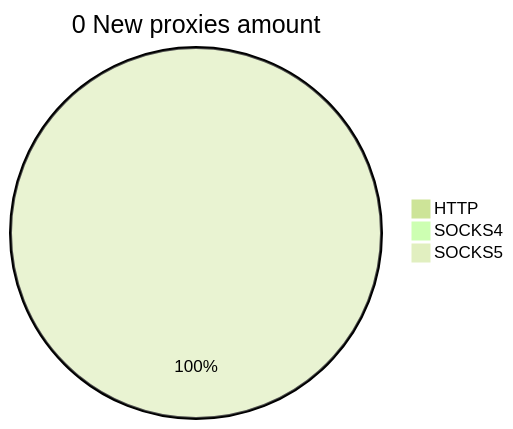
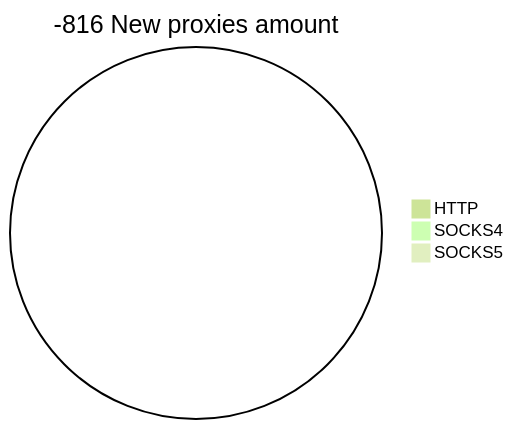
The second of 2 diagrams in README.md (cutipu/proxylist), drawn with Mermaid (forest theme) before and after one commit. The commit also changed other lines of this file, not shown here.

````diff
--- a/README.md
+++ b/README.md
@@ -10,6 +10,6 @@
 ```mermaid
-pie title 0 New proxies amount
+pie title -816 New proxies amount
     "HTTP" : 0
     "SOCKS4" : 0
-    "SOCKS5" : 2
+    "SOCKS5" : 0
 ```
````
